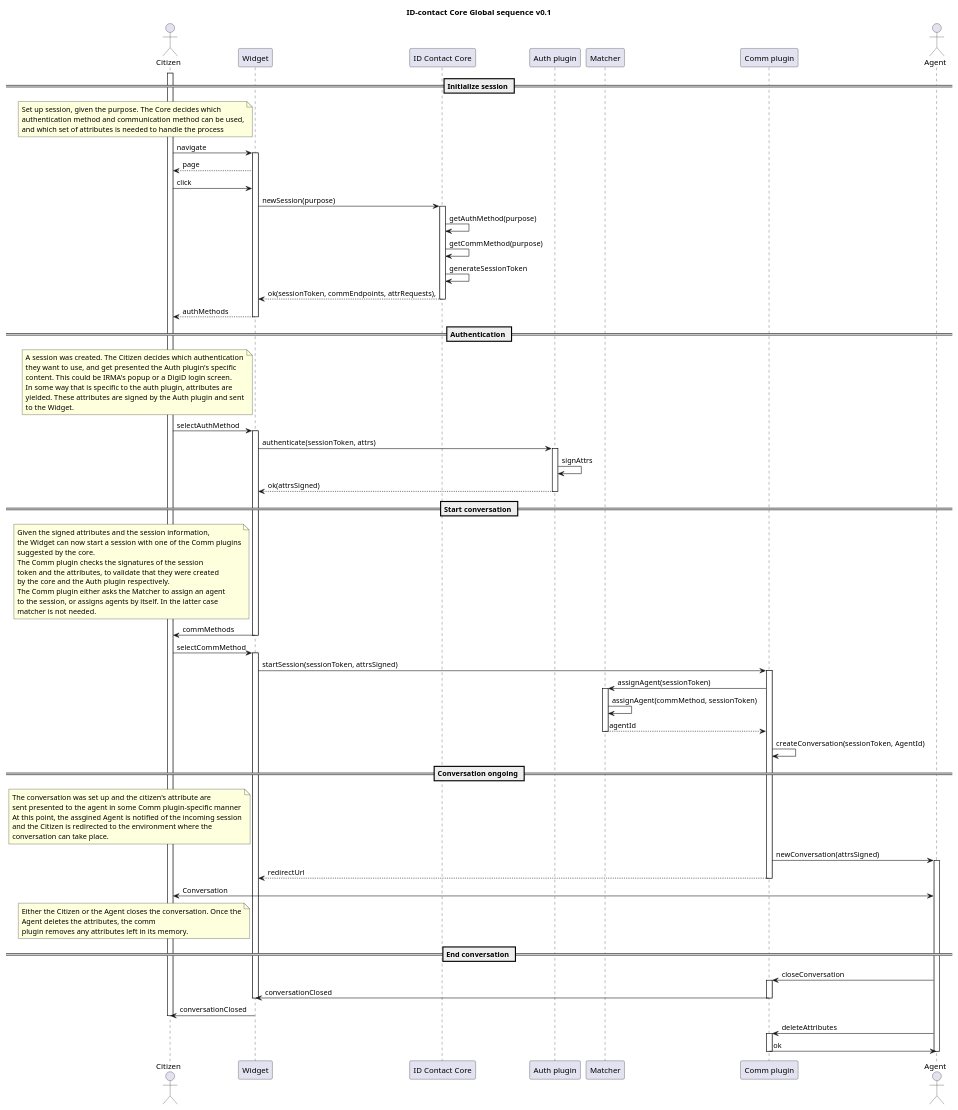
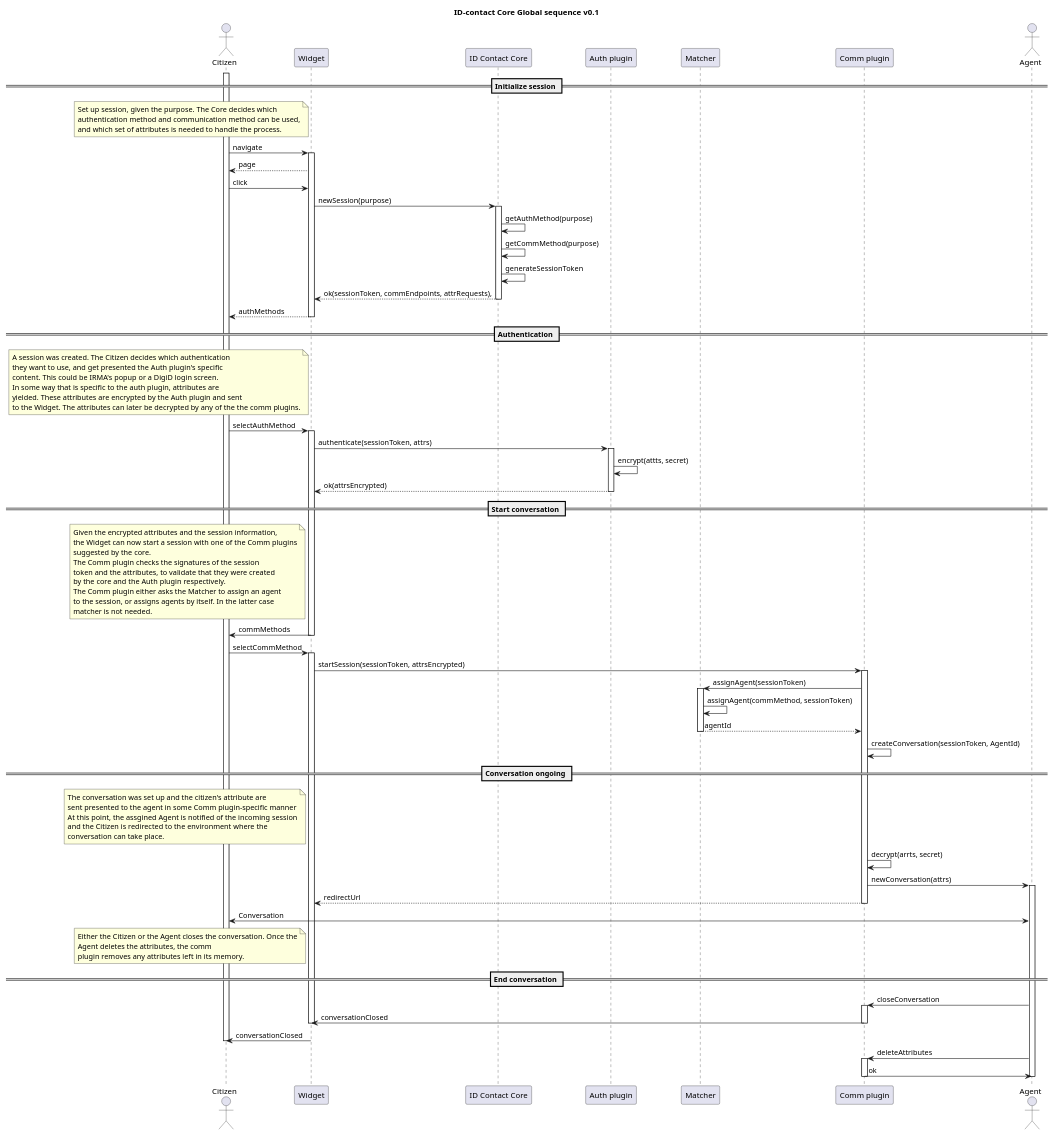
Before and after one commit to id-contact/docs: the diagram in docs/diagrams/global-sequence.puml, drawn with PlantUML.

Commit message:
add encryption to sequence

```diff
--- a/docs/diagrams/global-sequence.puml
+++ b/docs/diagrams/global-sequence.puml
@@ -2,113 +2,113 @@
 @startuml
 title ID-contact Core Global sequence v0.1
 
 actor Citizen as citizen
 participant "Widget" as widget
 participant "ID Contact Core" as core
 participant "Auth plugin" as auth_plugin
 participant "Matcher" as matcher
 participant "Comm plugin" as comm_plugin
 actor Agent as agent
 
 == Initialize session ==
 note left of widget
 Set up session, given the purpose. The Core decides which
 authentication method and communication method can be used,
-and which set of attributes is needed to handle the process
+and which set of attributes is needed to handle the process.
 end note
 activate citizen
 citizen->widget: navigate
 activate widget
 widget-->citizen: page
 citizen->widget: click
 widget->core: newSession(purpose)
 activate core
 core->core: getAuthMethod(purpose)
 core->core: getCommMethod(purpose)
 core->core: generateSessionToken
 core-->widget: ok(sessionToken, commEndpoints, attrRequests),
 deactivate core
 widget-->citizen: authMethods
 deactivate widget
 == Authentication ==
 
 note left of widget
 A session was created. The Citizen decides which authentication
 they want to use, and get presented the Auth plugin's specific
 content. This could be IRMA's popup or a DigiD login screen.
 In some way that is specific to the auth plugin, attributes are
-yielded. These attributes are signed by the Auth plugin and sent
-to the Widget.
+yielded. These attributes are encrypted by the Auth plugin and sent
+to the Widget. The attributes can later be decrypted by any of the the comm plugins.
 end note
 citizen->widget: selectAuthMethod
 activate widget
 widget->auth_plugin: authenticate(sessionToken, attrs)
 activate auth_plugin
-auth_plugin->auth_plugin: signAttrs
-auth_plugin-->widget: ok(attrsSigned)
+auth_plugin->auth_plugin: encrypt(attts, secret)
+auth_plugin-->widget: ok(attrsEncrypted)
 deactivate auth_plugin
 
 == Start conversation ==
 note left of widget
-Given the signed attributes and the session information,
+Given the encrypted attributes and the session information,
 the Widget can now start a session with one of the Comm plugins
 suggested by the core.
 The Comm plugin checks the signatures of the session
 token and the attributes, to validate that they were created
 by the core and the Auth plugin respectively.
 The Comm plugin either asks the Matcher to assign an agent
 to the session, or assigns agents by itself. In the latter case
 matcher is not needed.
 end note
 
 widget->citizen: commMethods
 deactivate widget
 citizen->widget: selectCommMethod
 activate widget
-widget->comm_plugin:startSession(sessionToken, attrsSigned)
+widget->comm_plugin:startSession(sessionToken, attrsEncrypted)
 activate comm_plugin
 comm_plugin->matcher: assignAgent(sessionToken)
 activate matcher
 matcher->matcher: assignAgent(commMethod, sessionToken)
 
 matcher-->comm_plugin: agentId
 deactivate matcher
 comm_plugin->comm_plugin:createConversation(sessionToken, AgentId)
 
 == Conversation ongoing ==
 note left of widget
 The conversation was set up and the citizen's attribute are
 sent presented to the agent in some Comm plugin-specific manner
 At this point, the assgined Agent is notified of the incoming session
 and the Citizen is redirected to the environment where the
 conversation can take place.
 end note
 
-comm_plugin->agent: newConversation(attrsSigned)
+comm_plugin->comm_plugin: decrypt(arrts, secret)
+comm_plugin->agent: newConversation(attrs)
 activate agent
 comm_plugin-->widget:redirectUrl
 deactivate comm_plugin
 citizen<->agent: Conversation
 
 note left of widget
 Either the Citizen or the Agent closes the conversation. Once the
 Agent deletes the attributes, the comm
 plugin removes any attributes left in its memory.
 end note
 == End conversation ==
 agent->comm_plugin: closeConversation
 activate comm_plugin
 comm_plugin->widget: conversationClosed
 deactivate comm_plugin
 deactivate widget
 widget->citizen: conversationClosed
 deactivate citizen
 agent->comm_plugin: deleteAttributes
 activate comm_plugin
 comm_plugin->agent: ok
 deactivate comm_plugin
 deactivate agent
 
 
-
 @enduml
```
